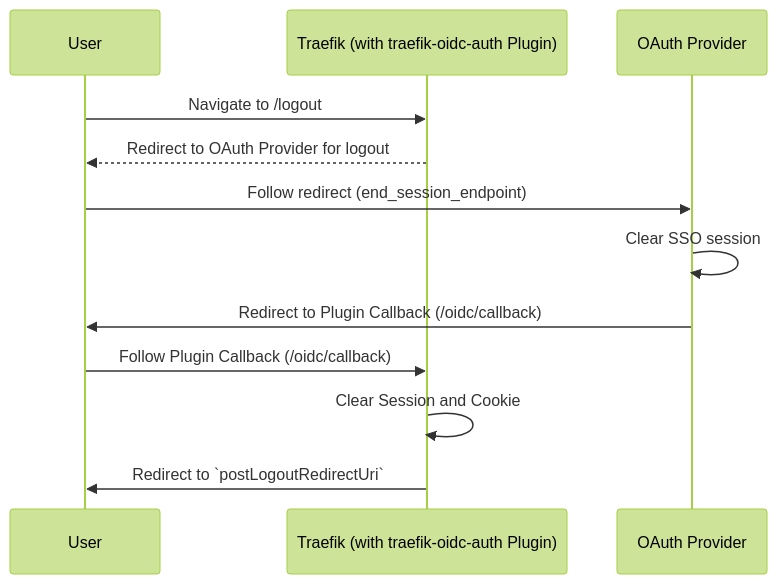
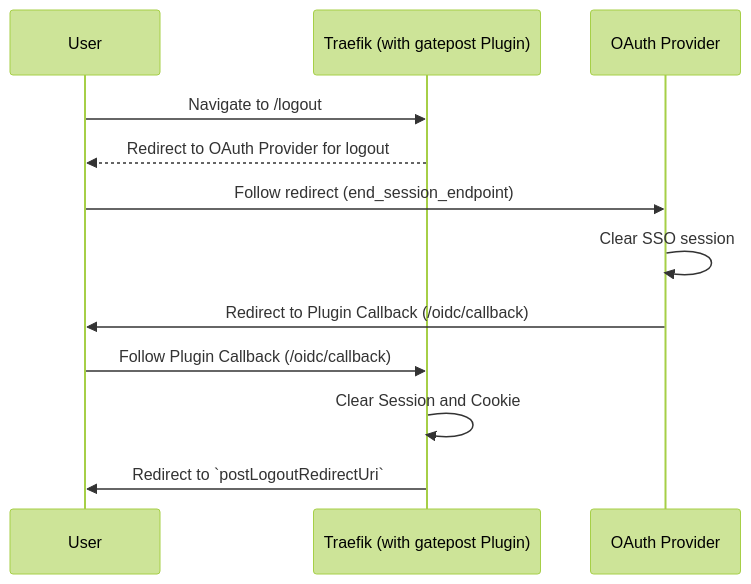
One commit to BlackDark/gatepost changed the second of 2 diagrams in website/docs/getting-started/how-it-works.md. Above: the diagram before and after it, drawn with Mermaid (forest theme). The commit also changed other lines of this file and 99 other files, not shown here.

````diff
--- a/website/docs/getting-started/how-it-works.md
+++ b/website/docs/getting-started/how-it-works.md
@@ -75,15 +75,15 @@
 ```mermaid
 sequenceDiagram
     participant User as User
-    participant Traefik as Traefik (with traefik-oidc-auth Plugin)
+    participant Traefik as Traefik (with gatepost Plugin)
     participant OAuth as OAuth Provider
 
     User->>Traefik: Navigate to /logout
     Traefik-->>User: Redirect to OAuth Provider for logout
     User->>OAuth: Follow redirect (end_session_endpoint)
     OAuth->>OAuth: Clear SSO session
     OAuth->>User: Redirect to Plugin Callback (/oidc/callback)
     User->>Traefik: Follow Plugin Callback (/oidc/callback)
     Traefik->>Traefik: Clear Session and Cookie
     Traefik->>User: Redirect to `postLogoutRedirectUri`
 ```
````
